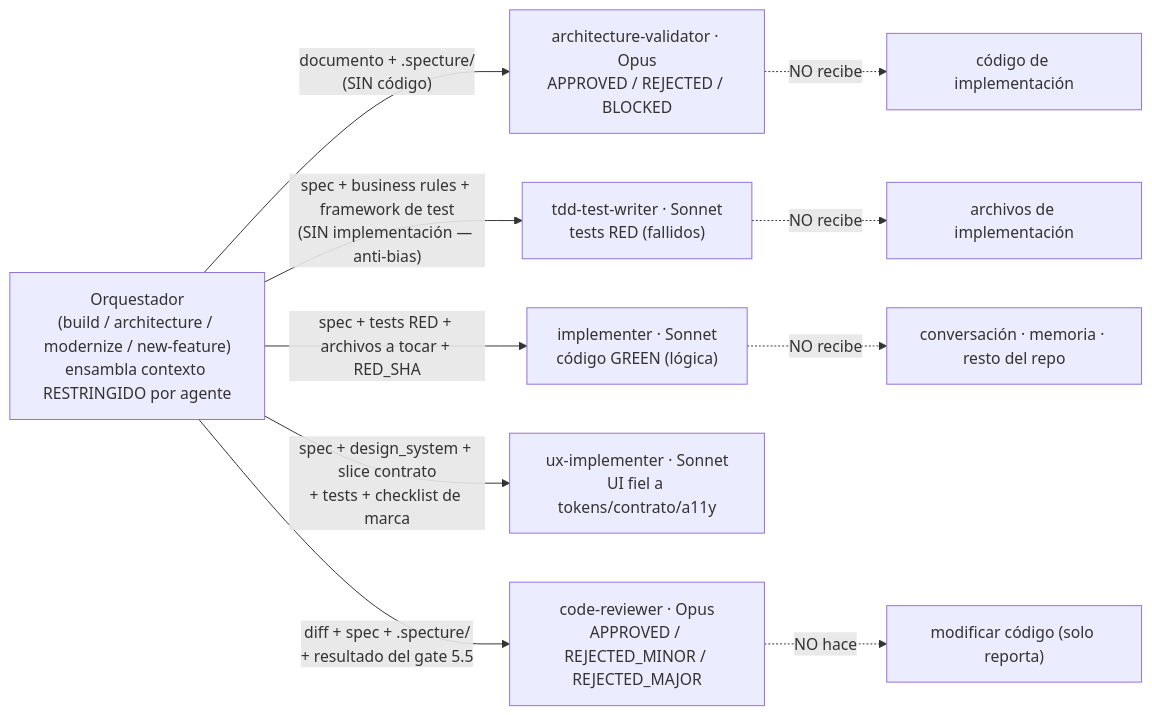
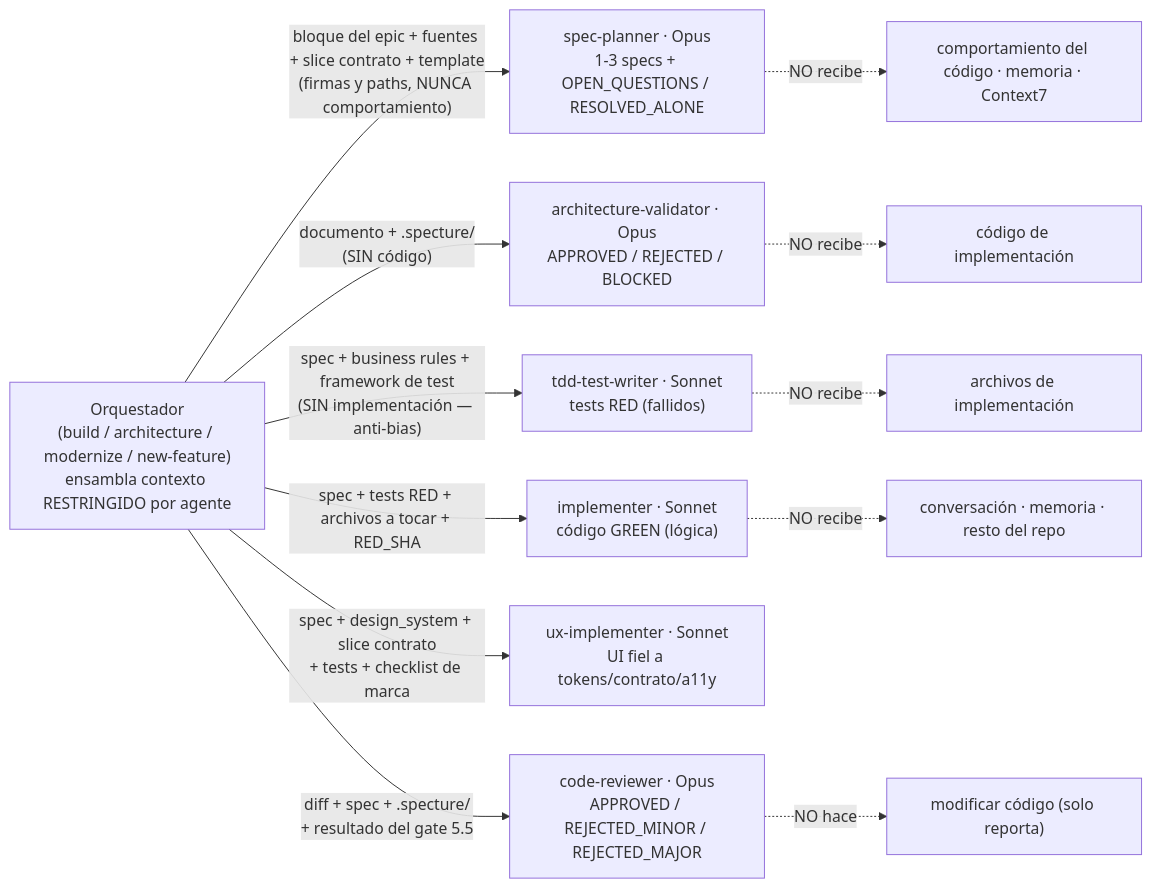
Before and after one commit to FerEscobarDev/Specture: the third of 19 diagrams in docs/execution-flows.md, drawn with Mermaid. The commit also changed other lines of this file and 8 other files, not shown here.

````diff
--- a/docs/execution-flows.md
+++ b/docs/execution-flows.md
@@ -110,15 +110,17 @@
 ```mermaid
 flowchart LR
     O["Orquestador<br/>(build / architecture / modernize / new-feature)<br/>ensambla contexto RESTRINGIDO por agente"]
 
+    O -->|"bloque del epic + fuentes + slice contrato + template<br/>(firmas y paths, NUNCA comportamiento)"| SP["spec-planner · Opus<br/>1-3 specs + OPEN_QUESTIONS / RESOLVED_ALONE"]
     O -->|"documento + .specture/<br/>(SIN código)"| AV["architecture-validator · Opus<br/>APPROVED / REJECTED / BLOCKED"]
     O -->|"spec + business rules + framework de test<br/>(SIN implementación — anti-bias)"| TW["tdd-test-writer · Sonnet<br/>tests RED (fallidos)"]
     O -->|"spec + tests RED + archivos a tocar + RED_SHA"| IM["implementer · Sonnet<br/>código GREEN (lógica)"]
     O -->|"spec + design_system + slice contrato<br/>+ tests + checklist de marca"| UX["ux-implementer · Sonnet<br/>UI fiel a tokens/contrato/a11y"]
     O -->|"diff + spec + .specture/<br/>+ resultado del gate 5.5"| CR["code-reviewer · Opus<br/>APPROVED / REJECTED_MINOR / REJECTED_MAJOR"]
 
+    SP -.->|"NO recibe"| X5["comportamiento del código · memoria · Context7"]
     AV -.->|"NO recibe"| X1["código de implementación"]
     TW -.->|"NO recibe"| X2["archivos de implementación"]
     IM -.->|"NO recibe"| X3["conversación · memoria · resto del repo"]
     CR -.->|"NO hace"| X4["modificar código (solo reporta)"]
 ```
````
